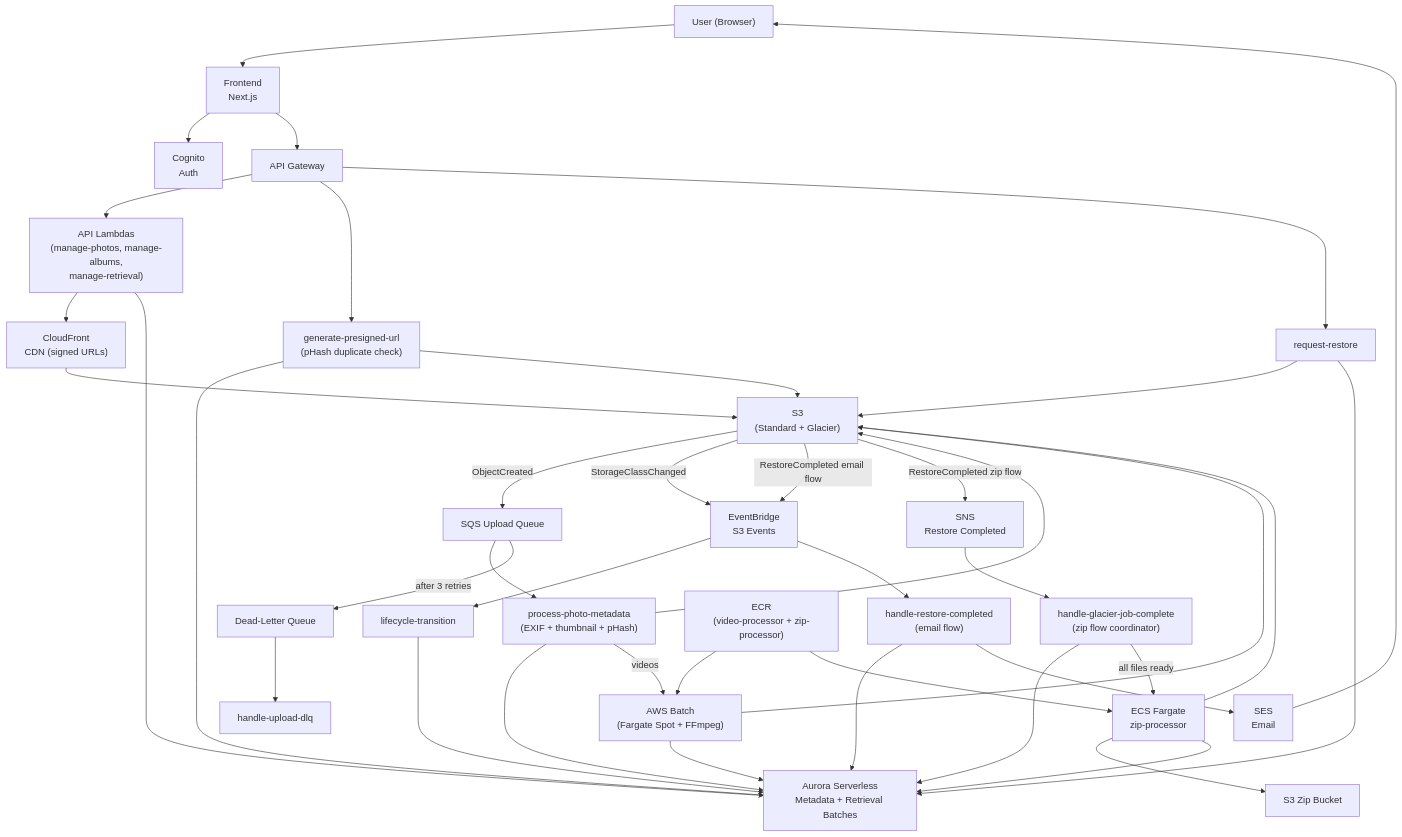
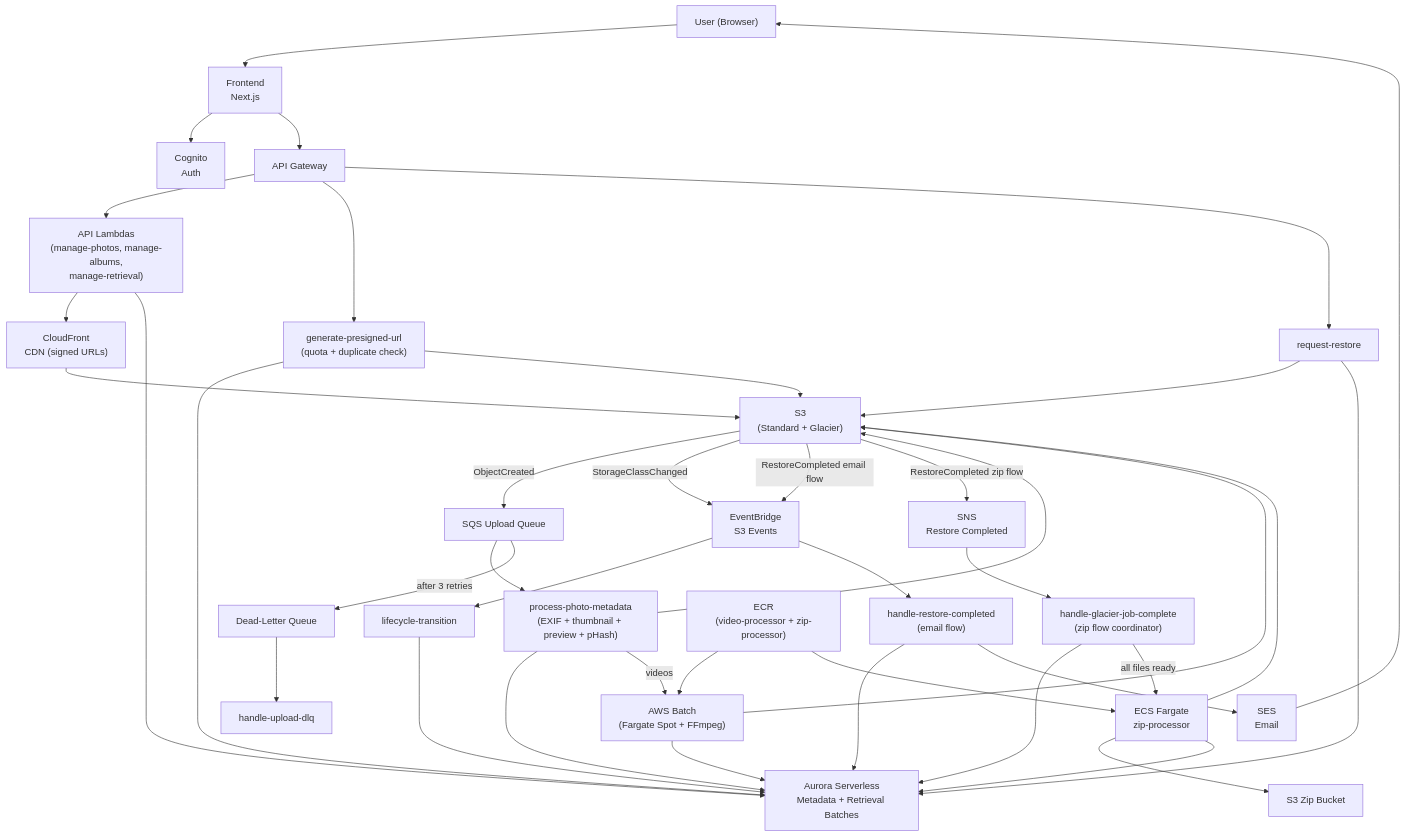
The diagram in README.md (r-ome/psilo), drawn with Mermaid before and after one commit.

Commit message:
docs: fix readme architecture labels

````diff
--- a/README.md
+++ b/README.md
@@ -103,67 +103,67 @@
 ```mermaid
 graph TD
 User["User (Browser)"]
 FE["Frontend<br>Next.js"]
 APIGW["API Gateway"]
 Cognito["Cognito<br>Auth"]
 CF["CloudFront<br>CDN (signed URLs)"]
 APILambda["API Lambdas<br>(manage-photos, manage-albums,<br>manage-retrieval)"]
-PresignLambda["generate-presigned-url<br>(pHash duplicate check)"]
+PresignLambda["generate-presigned-url<br>(quota + duplicate check)"]
 RestoreLambda["request-restore"]
 HandleRestoreLambda["handle-restore-completed<br>(email flow)"]
 GlacierJobLambda["handle-glacier-job-complete<br>(zip flow coordinator)"]
-ProcessLambda["process-photo-metadata<br>(EXIF + thumbnail + pHash)"]
+ProcessLambda["process-photo-metadata<br>(EXIF + thumbnail + preview + pHash)"]
 LifecycleLambda["lifecycle-transition"]
 DLQLambda["handle-upload-dlq"]
 SQS["SQS Upload Queue"]
 DLQ["Dead-Letter Queue"]
 S3["S3<br>(Standard + Glacier)"]
 ZipBucket["S3 Zip Bucket"]
 Aurora["Aurora Serverless<br>Metadata + Retrieval Batches"]
 EventBridge["EventBridge<br>S3 Events"]
 SNS["SNS<br>Restore Completed"]
 Batch["AWS Batch<br>(Fargate Spot + FFmpeg)"]
 ZipTask["ECS Fargate<br>zip-processor"]
 ECR["ECR<br>(video-processor + zip-processor)"]
 SES["SES<br>Email"]
 
 User --> FE
 FE --> Cognito
 FE --> APIGW
 APIGW --> APILambda
 APIGW --> PresignLambda
 APIGW --> RestoreLambda
 PresignLambda --> Aurora
 PresignLambda --> S3
 APILambda --> CF
 APILambda --> Aurora
 CF --> S3
 RestoreLambda --> S3
 RestoreLambda --> Aurora
 S3 -->|ObjectCreated| SQS
 SQS --> ProcessLambda
 ProcessLambda --> S3
 ProcessLambda --> Aurora
 ProcessLambda -->|videos| Batch
 ECR --> Batch
 ECR --> ZipTask
 Batch --> S3
 Batch --> Aurora
 SQS -->|after 3 retries| DLQ
 DLQ --> DLQLambda
 S3 -->|StorageClassChanged| EventBridge
 S3 -->|RestoreCompleted email flow| EventBridge
 S3 -->|RestoreCompleted zip flow| SNS
 EventBridge --> LifecycleLambda
 EventBridge --> HandleRestoreLambda
 SNS --> GlacierJobLambda
 LifecycleLambda --> Aurora
 HandleRestoreLambda --> Aurora
 HandleRestoreLambda --> SES
 GlacierJobLambda --> Aurora
 GlacierJobLambda -->|all files ready| ZipTask
 ZipTask --> S3
 ZipTask --> ZipBucket
 ZipTask --> Aurora
 SES --> User
 ```
````
